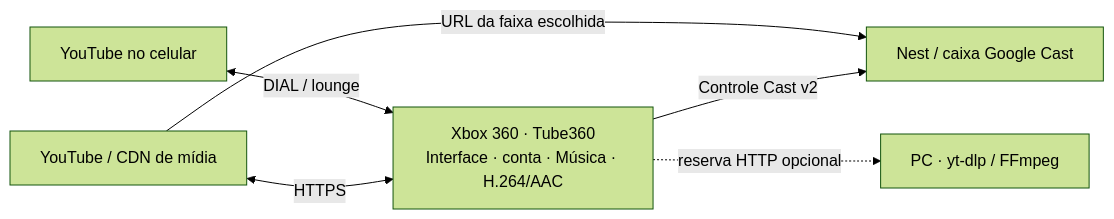
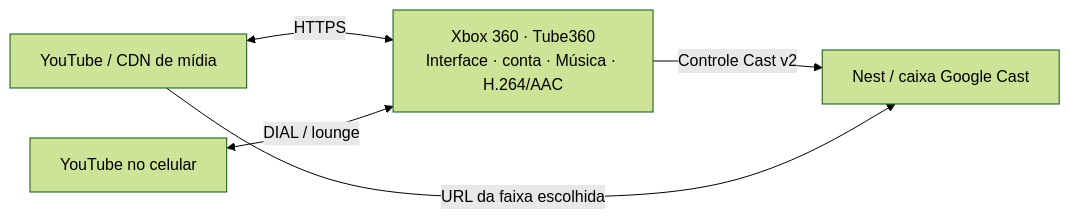
One commit to PedroHenrique0713/tube360 changed the diagram in README.pt-BR.md. Above: the diagram before and after it, drawn with Mermaid (forest theme). The commit also changed other lines of this file and 5 other files, not shown here.

````diff
--- a/README.pt-BR.md
+++ b/README.pt-BR.md
@@ -142,8 +145,7 @@
 ```mermaid
 flowchart LR
     YT["YouTube / CDN de mídia"] <-->|HTTPS| X["Xbox 360 · Tube360<br/>Interface · conta · Música · H.264/AAC"]
     P["YouTube no celular"] <-->|DIAL / lounge| X
     X -->|Controle Cast v2| N["Nest / caixa Google Cast"]
     YT -->|URL da faixa escolhida| N
-    X -. reserva HTTP opcional .-> S["PC · yt-dlp / FFmpeg"]
 ```
````
